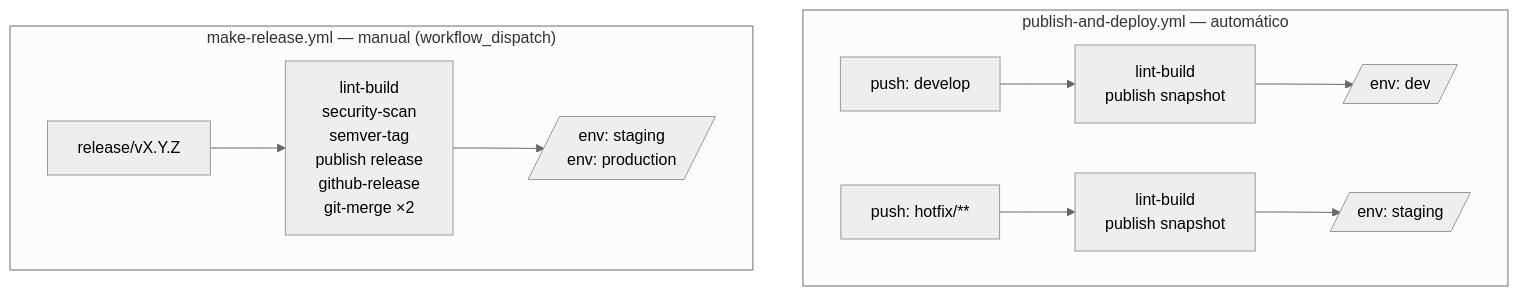
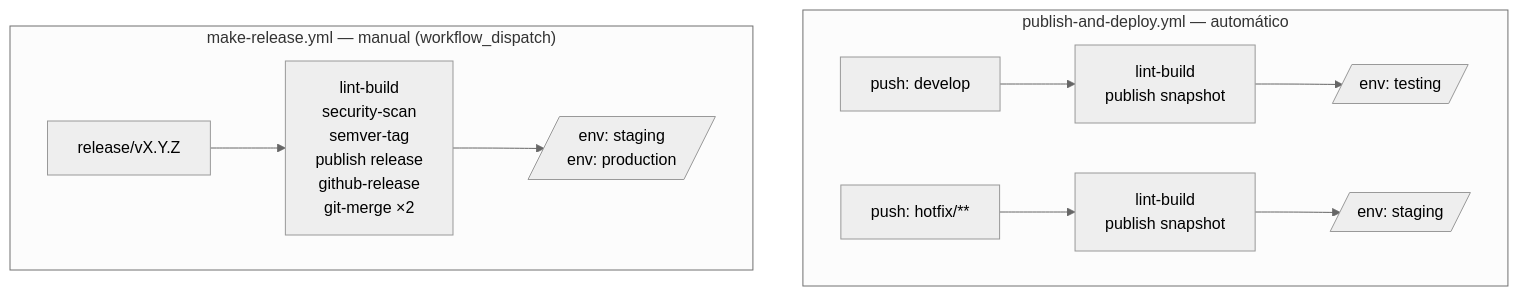
One commit to BQN-UY/CI-CD changed the second of 3 diagrams in docs/migration-v2.md. Above: the diagram before and after it, drawn with Mermaid (neutral theme). The commit also changed other lines of this file and 2 other files, not shown here.

First line of the commit message:
fix: renombrar ambiente dev → testing en deploy-trigger y documentación

````diff
--- a/docs/migration-v2.md
+++ b/docs/migration-v2.md
@@ -482,16 +482,16 @@
 ```mermaid
 flowchart TD
     subgraph auto["publish-and-deploy.yml — automático"]
         direction LR
         p1["push: develop"] --> p2["lint-build\npublish snapshot"]
         p3["push: hotfix/**"] --> p4["lint-build\npublish snapshot"]
-        p2 --> dev[/"env: dev"/]
+        p2 --> dev[/"env: testing"/]
         p4 --> stg1[/"env: staging"/]
     end
 
     subgraph manual["make-release.yml — manual (workflow_dispatch)"]
         direction LR
         m1["release/vX.Y.Z"] --> m2["lint-build\nsecurity-scan\nsemver-tag\npublish release\ngithub-release\ngit-merge ×2"]
         m2 --> stg2[/"env: staging\nenv: production"/]
     end
 ```
````
